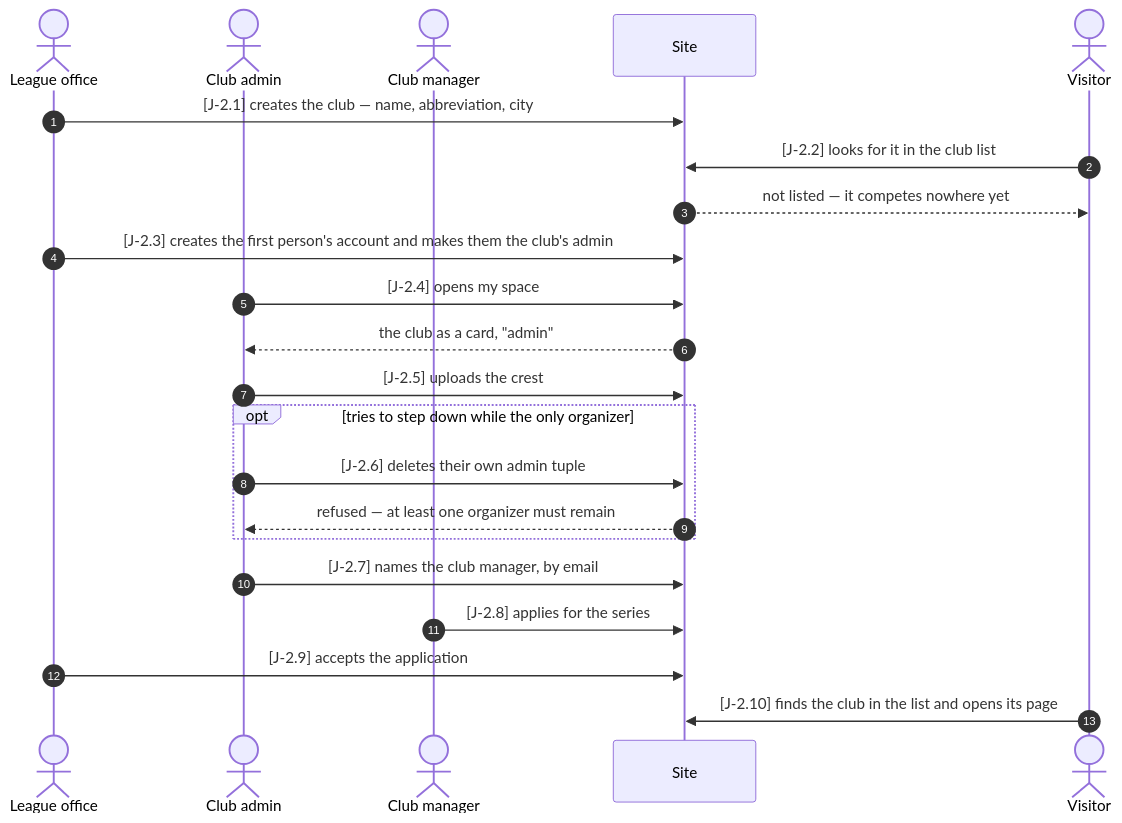
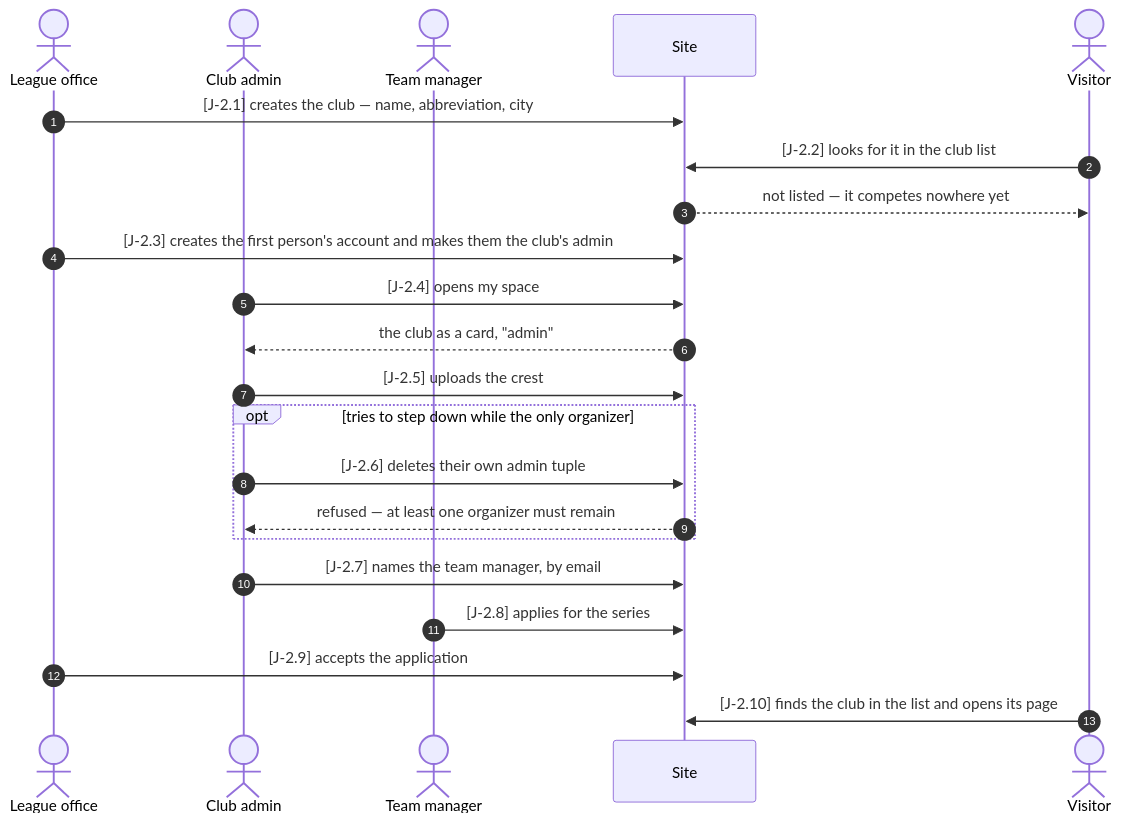
The diagram in docs/journeys/club.md (gundramleifert/segel-bundesliga), drawn with Mermaid before and after one commit. The commit also changed other lines of this file and 69 other files, not shown here.

First line of the commit message:
Rename the club's manager to "team manager"

````diff
--- a/docs/journeys/club.md
+++ b/docs/journeys/club.md
@@ -15,25 +15,25 @@
 ```mermaid
 sequenceDiagram
   autonumber
   actor A as League office
   actor CA as Club admin
-  actor CM as Club manager
+  actor TM as Team manager
   participant P as Site
   actor V as Visitor
 
   A->>P: [J-2.1] creates the club — name, abbreviation, city
   V->>P: [J-2.2] looks for it in the club list
   P-->>V: not listed — it competes nowhere yet
   A->>P: [J-2.3] creates the first person's account and makes them the club's admin
   CA->>P: [J-2.4] opens my space
   P-->>CA: the club as a card, "admin"
   CA->>P: [J-2.5] uploads the crest
   opt tries to step down while the only organizer
     CA->>P: [J-2.6] deletes their own admin tuple
     P-->>CA: refused — at least one organizer must remain
   end
-  CA->>P: [J-2.7] names the club manager, by email
-  CM->>P: [J-2.8] applies for the series
+  CA->>P: [J-2.7] names the team manager, by email
+  TM->>P: [J-2.8] applies for the series
   A->>P: [J-2.9] accepts the application
   V->>P: [J-2.10] finds the club in the list and opens its page
 ```
````
